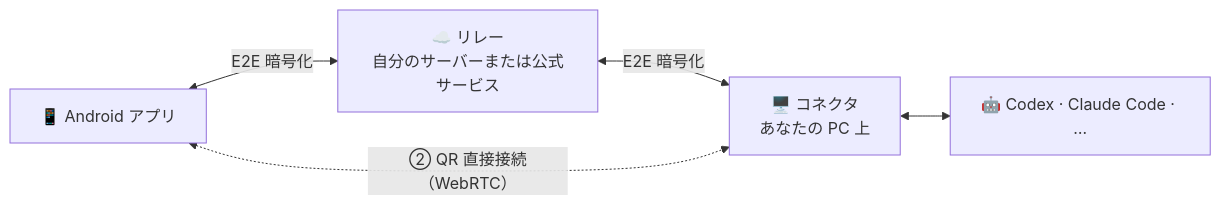
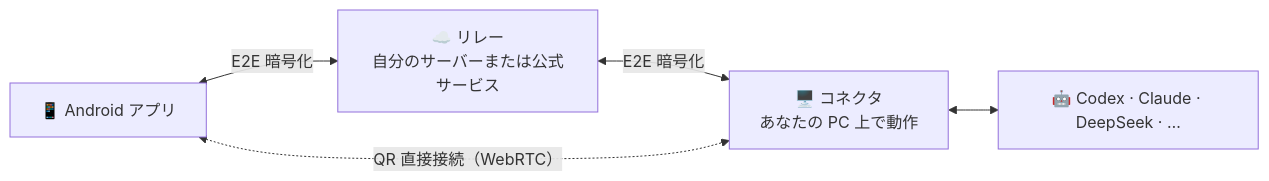
One commit to khscience/khlink changed the diagram in README.ja.md. Above: the diagram before and after it, drawn with Mermaid. The commit also changed other lines of this file and 36 other files, not shown here.

````diff
--- a/README.ja.md
+++ b/README.ja.md
@@ -179,7 +165,7 @@
 ```mermaid
 flowchart LR
     phone["📱 Android アプリ"] <-->|"E2E 暗号化"| relay["☁️ リレー<br/>自分のサーバーまたは公式サービス"]
-    relay <-->|"E2E 暗号化"| pc["🖥️ コネクタ<br/>あなたの PC 上"]
-    phone <-.->|"② QR 直接接続（WebRTC）"| pc
-    pc <--> agents["🤖 Codex · Claude Code · …"]
+    relay <-->|"E2E 暗号化"| pc["🖥️ コネクタ<br/>あなたの PC 上で動作"]
+    phone <-.->|"QR 直接接続（WebRTC）"| pc
+    pc <--> agents["🤖 Codex · Claude · DeepSeek · …"]
 ```
````
